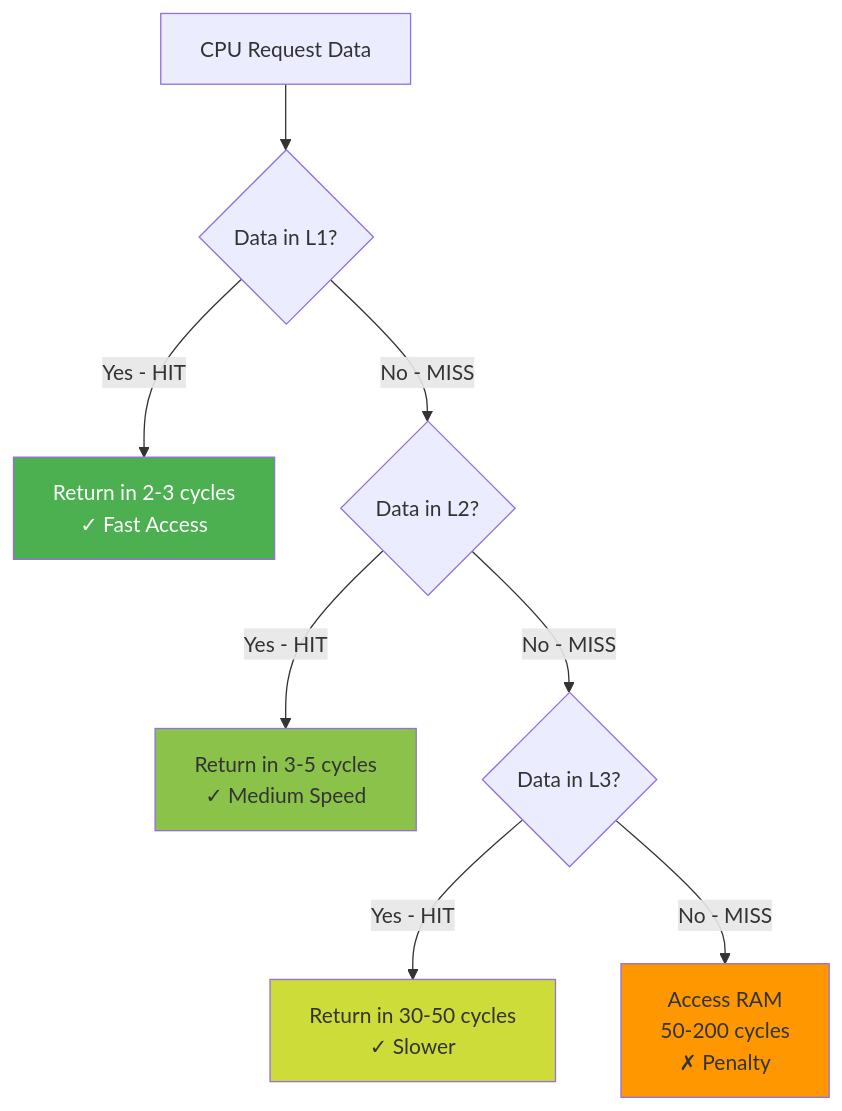
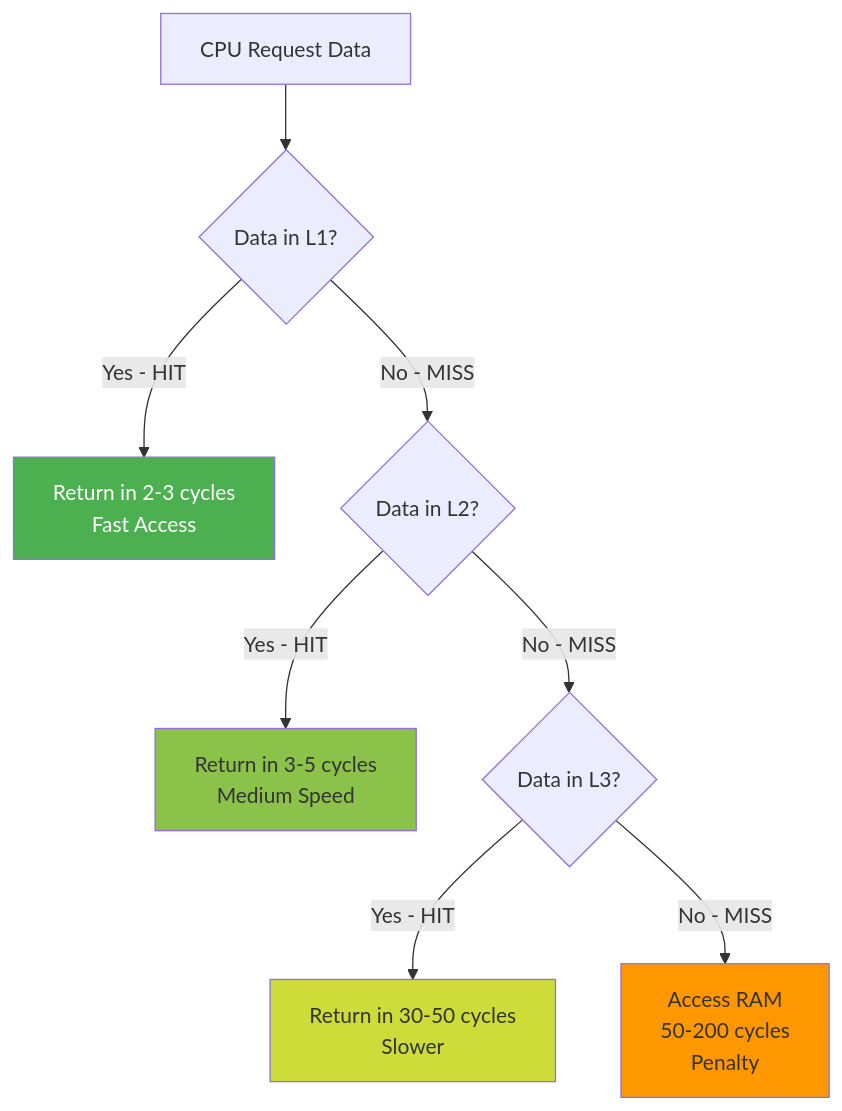
The eighth of 16 diagrams in Year_2/Semester_3/COMPUTER_ARCHITECTURE/Lectures/Processor-Design-Smart-Notes-8.md (PanagopoulosNikolaos/DitOpenNotes), drawn with Mermaid before and after one commit. The commit also changed other lines of this file and 24 other files, not shown here.

````diff
--- a/Year_2/Semester_3/COMPUTER_ARCHITECTURE/Lectures/Processor-Design-Smart-Notes-8.md
+++ b/Year_2/Semester_3/COMPUTER_ARCHITECTURE/Lectures/Processor-Design-Smart-Notes-8.md
@@ -319,15 +319,15 @@
 ```mermaid
 flowchart TD
     A[CPU Request Data] --> B{Data in L1?}
-    B -->|Yes - HIT| C[Return in 2-3 cycles<br/>✓ Fast Access]
+    B -->|Yes - HIT| C[Return in 2-3 cycles<br/> Fast Access]
     B -->|No - MISS| D{Data in L2?}
-    D -->|Yes - HIT| E[Return in 3-5 cycles<br/>✓ Medium Speed]
+    D -->|Yes - HIT| E[Return in 3-5 cycles<br/> Medium Speed]
     D -->|No - MISS| F{Data in L3?}
-    F -->|Yes - HIT| G[Return in 30-50 cycles<br/>✓ Slower]
-    F -->|No - MISS| H[Access RAM<br/>50-200 cycles<br/>✗ Penalty]
+    F -->|Yes - HIT| G[Return in 30-50 cycles<br/> Slower]
+    F -->|No - MISS| H[Access RAM<br/>50-200 cycles<br/> Penalty]
     
     style C fill:#4caf50,color:#fff
     style E fill:#8bc34a
     style G fill:#cddc39
     style H fill:#ff9800
 ```
````
